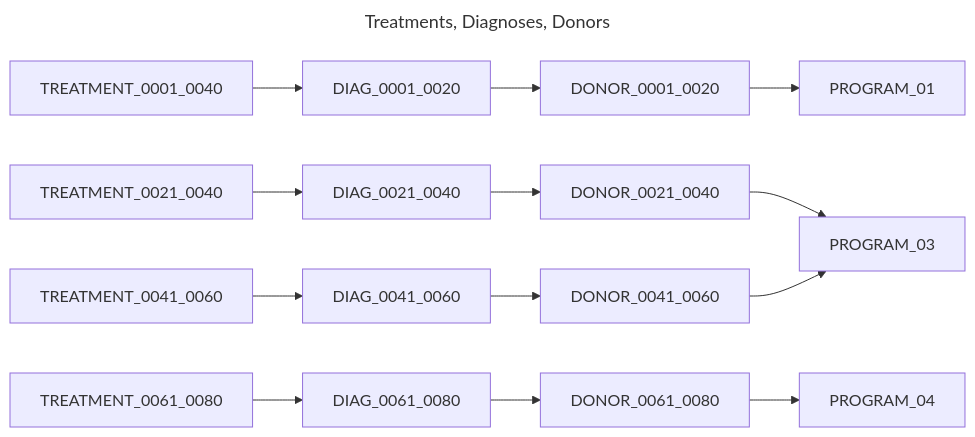
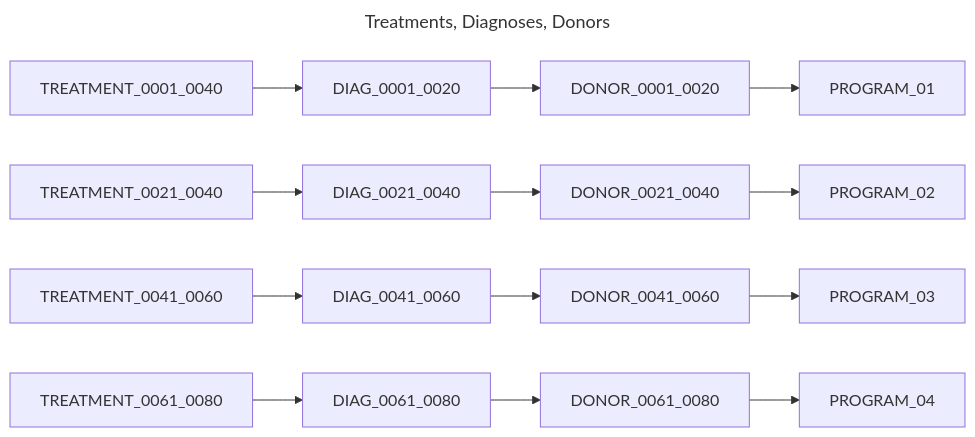
Before and after one commit to CanDIG/katsu: the third of 9 diagrams in chord_metadata_service/mohpackets/data/small_dataset/README.md, drawn with Mermaid.

````diff
--- a/chord_metadata_service/mohpackets/data/small_dataset/README.md
+++ b/chord_metadata_service/mohpackets/data/small_dataset/README.md
@@ -53,14 +53,14 @@
 ```mermaid
 ---
 title: Treatments, Diagnoses, Donors
 ---
 graph LR;  
   DIAG_0001_0020 --> DONOR_0001_0020 --> PROGRAM_01;  
-  DIAG_0021_0040 --> DONOR_0021_0040 --> PROGRAM_03;  
+  DIAG_0021_0040 --> DONOR_0021_0040 --> PROGRAM_02;  
   DIAG_0041_0060 --> DONOR_0041_0060 --> PROGRAM_03;  
   DIAG_0061_0080 --> DONOR_0061_0080 --> PROGRAM_04;
   TREATMENT_0001_0040 --> DIAG_0001_0020;
   TREATMENT_0021_0040 --> DIAG_0021_0040;  
   TREATMENT_0041_0060 --> DIAG_0041_0060; 
   TREATMENT_0061_0080 --> DIAG_0061_0080;
 ```
````
